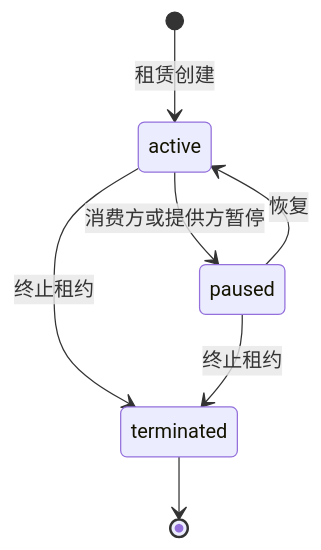
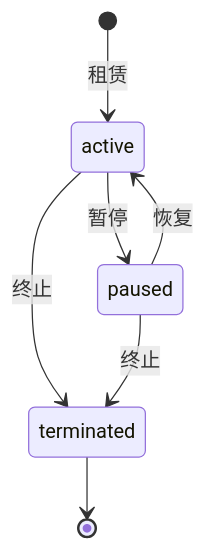
The sixth of 7 diagrams in packages/docs/content/docs/getting-started/core-concepts/markets.zh.md (claw-network/clawnet), drawn with Mermaid before and after one commit. The commit also changed other lines of this file and 14 other files, not shown here.

First line of the commit message:
Refactor diagrams and improve clarity in DAO, Identity, Markets, Reputation, Service Contracts, and Wallet documentation

````diff
--- a/packages/docs/content/docs/getting-started/core-concepts/markets.zh.md
+++ b/packages/docs/content/docs/getting-started/core-concepts/markets.zh.md
@@ -169,9 +164,9 @@
 ```mermaid
 stateDiagram-v2
-    [*] --> active: 租赁创建
-    active --> paused: 消费方或提供方暂停
-    paused --> active: 恢复
-    active --> terminated: 终止租约
-    paused --> terminated: 终止租约
+    [*] --> active : 租赁
+    active --> paused : 暂停
+    paused --> active : 恢复
+    active --> terminated : 终止
+    paused --> terminated : 终止
     terminated --> [*]
 ```
````
